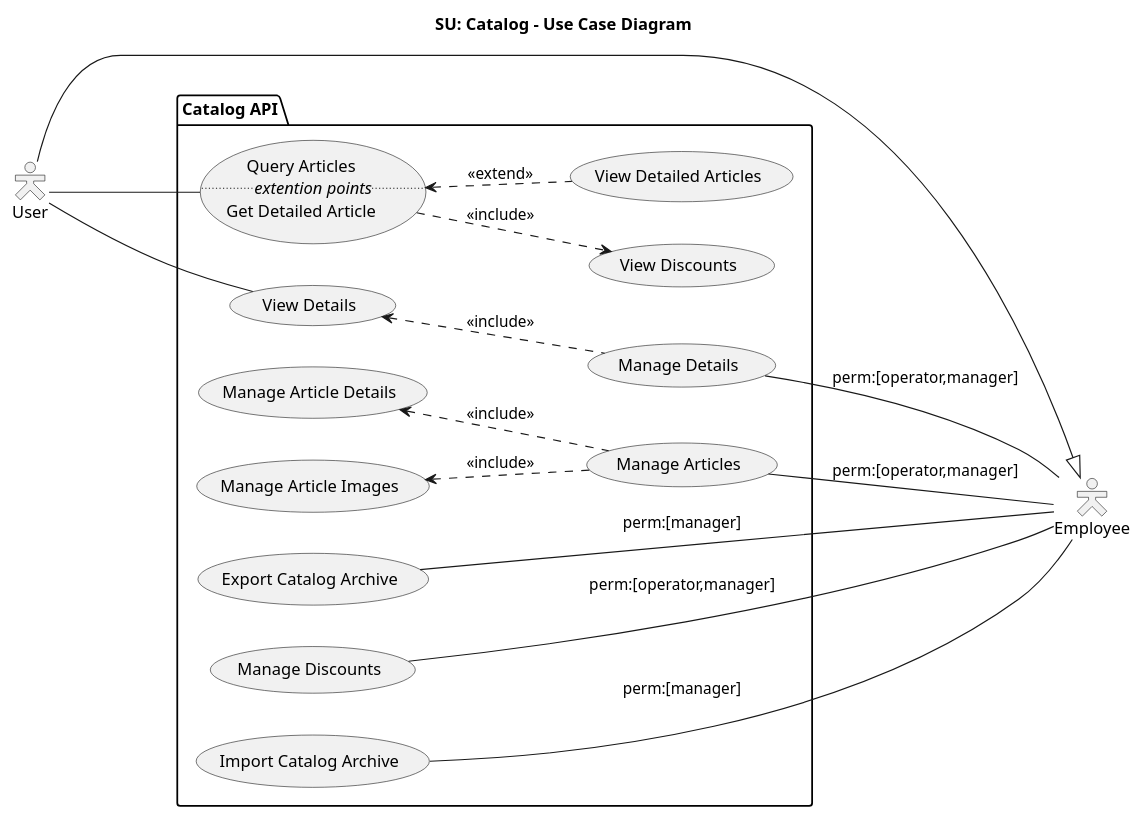
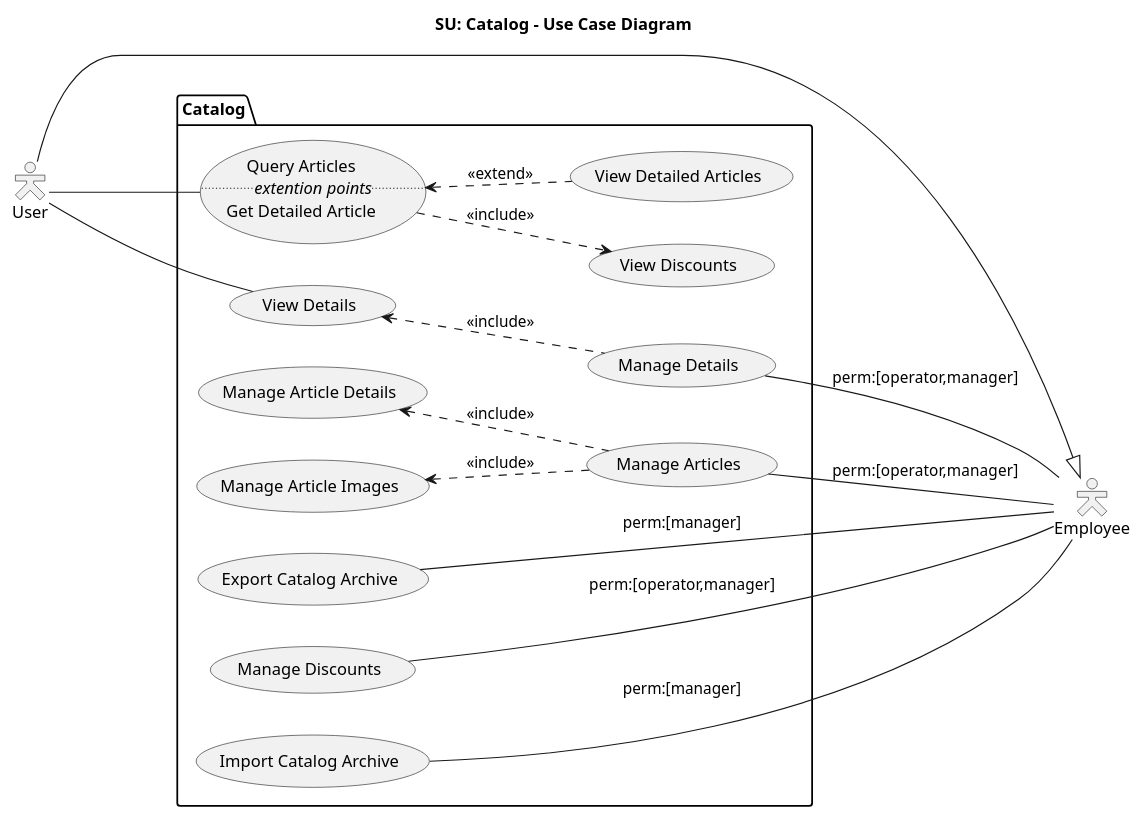
The diagram in docs/SU Catalog - Use Case Diagram.puml (draganovik/matterway), drawn with PlantUML before and after one commit. The commit also changed 8 other files, not shown here.

```diff
--- a/docs/SU Catalog - Use Case Diagram.puml
+++ b/docs/SU Catalog - Use Case Diagram.puml
@@ -1,44 +1,44 @@
 @startuml SUCatalogUseCaseDiagram
 title SU: Catalog - Use Case Diagram
 left to right direction
 skinparam shadowing false
 skinparam actorStyle hollow
 
 actor user as "User"
 actor empl as "Employee"
 
 user --|> empl
 
-package "Catalog API" {
+package "Catalog" {
   usecase viewDetailedArticles as "View Detailed Articles"
   usecase viewDiscounts as "View Discounts"
   usecase queryArticles as "Query Articles
                            ..<i>extention points</i>..
                            Get Detailed Article"
   queryArticles <.. viewDetailedArticles: <<extend>>
   queryArticles ..> viewDiscounts: <<include>>
 
   usecase manageArticles as "Manage Articles"
   usecase manageArticleDetails as "Manage Article Details"
   usecase manageArticleImages as "Manage Article Images"
   usecase manageDiscounts as "Manage Discounts"
   manageArticleDetails <.. manageArticles : <<include>>
   manageArticleImages <.. manageArticles : <<include>>
 
   usecase viewDetails as "View Details"
   usecase manageDetails as "Manage Details"
   viewDetails <.. manageDetails : <<include>>
 
   usecase importCatalogArchive as "Import Catalog Archive"
   usecase exportCatalogArchive as "Export Catalog Archive"
 }
 
 user --- queryArticles
 user --- viewDetails
 
 manageArticles -- empl : perm:[operator,manager]
 manageDiscounts -- empl : perm:[operator,manager]
 manageDetails -- empl : perm:[operator,manager]
 importCatalogArchive -- empl : perm:[manager]
 exportCatalogArchive -- empl : perm:[manager]
 @enduml
```
